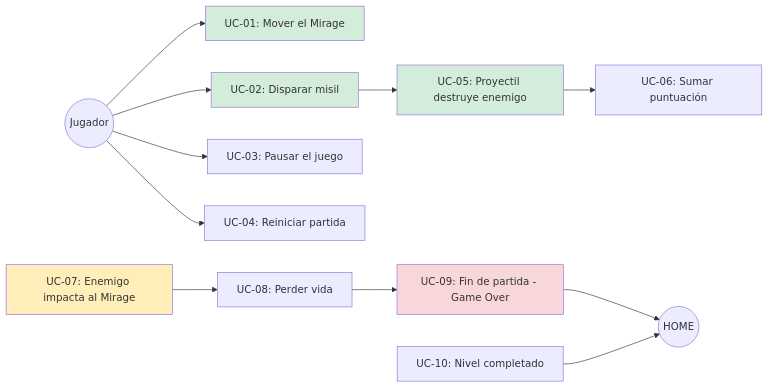
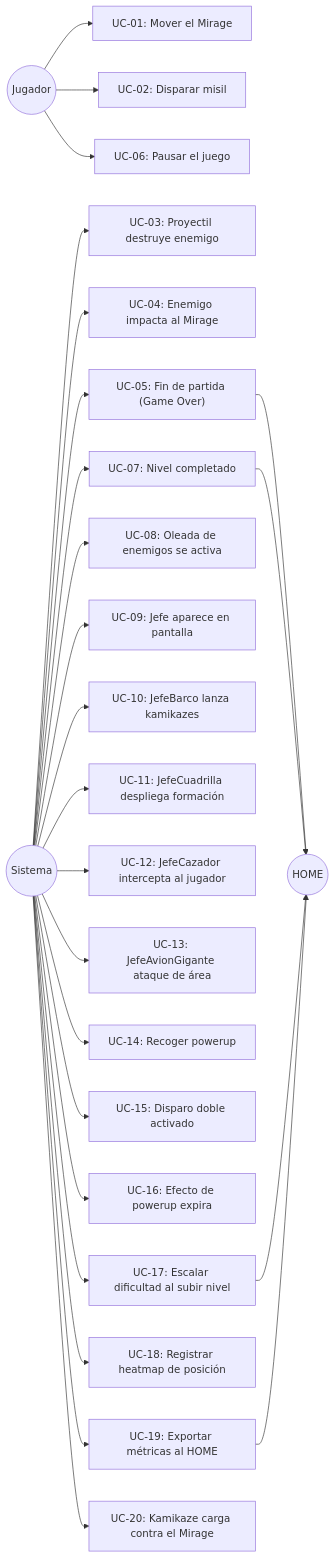
One commit to Christian-Rojas-Rodriguez/juego-1982 changed the first of 12 diagrams in docs/analisis/casos-de-uso.md. Above: the diagram before and after it, drawn with Mermaid. The commit also changed other lines of this file and 3 other files, not shown here.

````diff
--- a/docs/analisis/casos-de-uso.md
+++ b/docs/analisis/casos-de-uso.md
@@ -20,25 +20,33 @@
 ```mermaid
 graph LR
-    J((Jugador))
-    H((HOME))
+    J(("Jugador"))
+    S(("Sistema"))
+    H(("HOME"))
 
-    J --> UC1[UC-01: Mover el Mirage]
-    J --> UC2[UC-02: Disparar misil]
-    J --> UC3[UC-03: Pausar el juego]
-    J --> UC4[UC-04: Reiniciar partida]
+    J --> UC01["UC-01: Mover el Mirage"]
+    J --> UC02["UC-02: Disparar misil"]
+    J --> UC06["UC-06: Pausar el juego"]
 
-    UC2 --> UC5[UC-05: Proyectil destruye enemigo]
-    UC5 --> UC6[UC-06: Sumar puntuación]
+    S --> UC03["UC-03: Proyectil destruye enemigo"]
+    S --> UC04["UC-04: Enemigo impacta al Mirage"]
+    S --> UC05["UC-05: Fin de partida (Game Over)"]
+    S --> UC07["UC-07: Nivel completado"]
+    S --> UC08["UC-08: Oleada de enemigos se activa"]
+    S --> UC09["UC-09: Jefe aparece en pantalla"]
+    S --> UC10["UC-10: JefeBarco lanza kamikazes"]
+    S --> UC11["UC-11: JefeCuadrilla despliega formación"]
+    S --> UC12["UC-12: JefeCazador intercepta al jugador"]
+    S --> UC13["UC-13: JefeAvionGigante ataque de área"]
+    S --> UC14["UC-14: Recoger powerup"]
+    S --> UC15["UC-15: Disparo doble activado"]
+    S --> UC16["UC-16: Efecto de powerup expira"]
+    S --> UC17["UC-17: Escalar dificultad al subir nivel"]
+    S --> UC18["UC-18: Registrar heatmap de posición"]
+    S --> UC19["UC-19: Exportar métricas al HOME"]
+    S --> UC20["UC-20: Kamikaze carga contra el Mirage"]
 
-    UC7[UC-07: Enemigo impacta al Mirage] --> UC8[UC-08: Perder vida]
-    UC8 --> UC9[UC-09: Fin de partida - Game Over]
-
-    UC9 --> H
-    UC10[UC-10: Nivel completado] --> H
-
-    style UC1 fill:#d4edda
-    style UC2 fill:#d4edda
-    style UC5 fill:#d4edda
-    style UC7 fill:#ffeeba
-    style UC9 fill:#f8d7da
+    UC05 --> H
+    UC07 --> H
+    UC17 --> H
+    UC19 --> H
 ```
````
